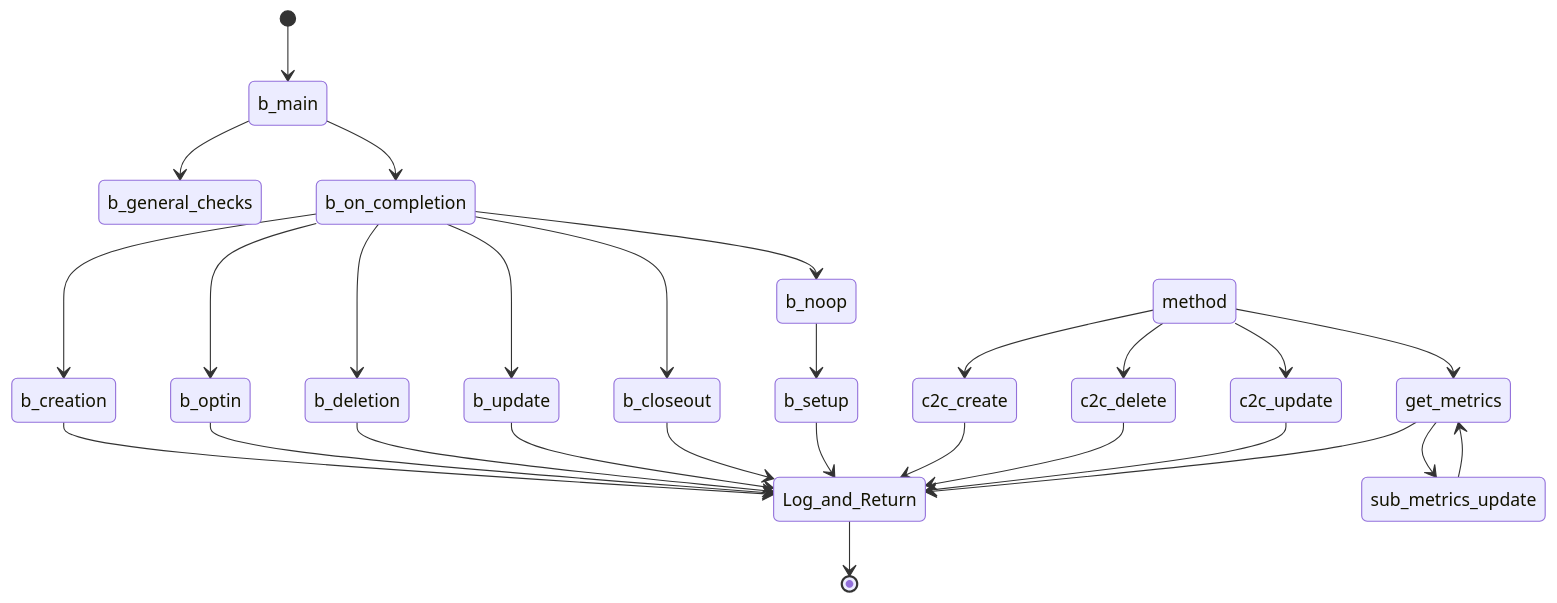
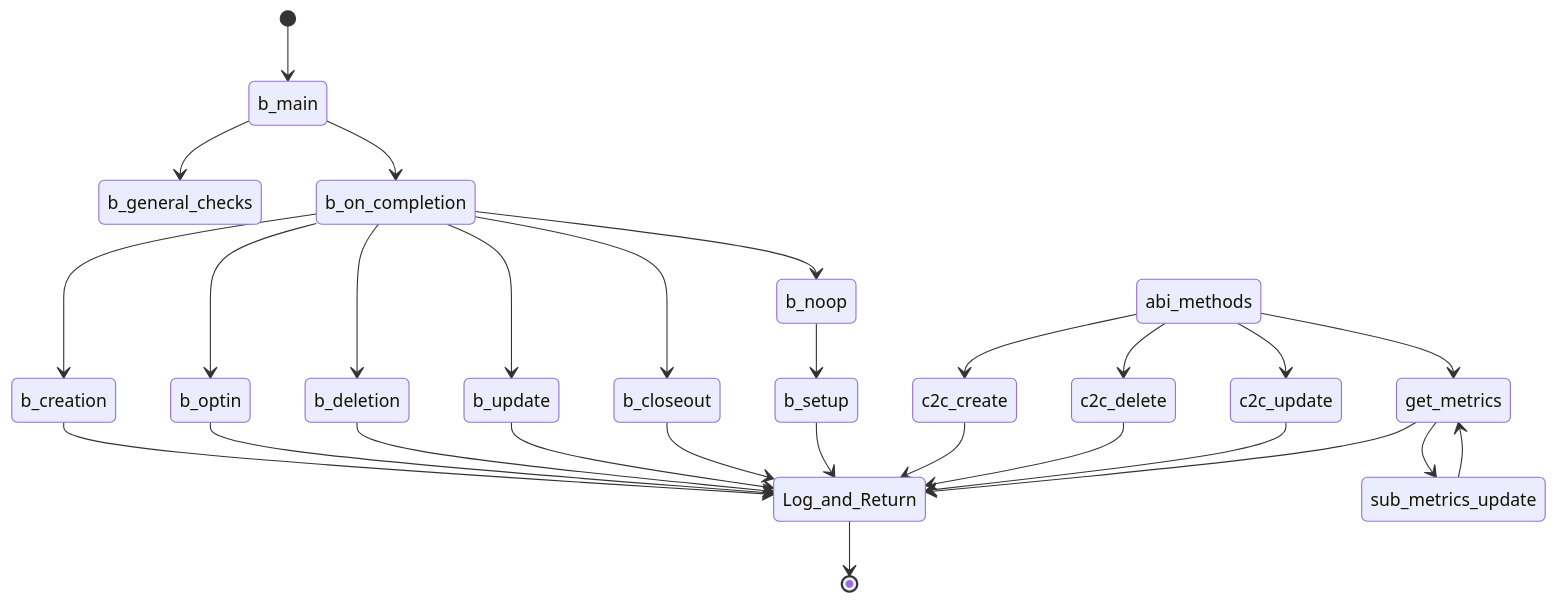
Before and after one commit to GoPlausible/.github: the seventh of 10 diagrams in profile/README.md, drawn with Mermaid. The commit also changed other lines of this file, not shown here.

````diff
--- a/profile/README.md
+++ b/profile/README.md
@@ -225,36 +225,36 @@
 ```mermaid
   stateDiagram-v2
     [*] --> b_main
     b_main --> b_general_checks
     b_main --> b_on_completion
     b_on_completion --> b_creation
     b_creation --> Log_and_Return
     b_on_completion --> b_optin
     b_optin --> Log_and_Return
     b_on_completion --> b_deletion
     b_deletion --> Log_and_Return
     b_on_completion --> b_update
     b_update --> Log_and_Return
     b_on_completion --> b_closeout
     b_closeout --> Log_and_Return
 
     b_on_completion --> b_noop
     b_noop --> b_setup
     b_setup --> Log_and_Return
 
-    method --> c2c_create
+    abi_methods --> c2c_create
     c2c_create --> Log_and_Return
-    method --> c2c_delete
+    abi_methods --> c2c_delete
     c2c_delete --> Log_and_Return
-    method --> c2c_update
+    abi_methods --> c2c_update
     c2c_update --> Log_and_Return
 
    
-    method --> get_metrics
+    abi_methods --> get_metrics
     get_metrics --> sub_metrics_update
     sub_metrics_update --> get_metrics
     get_metrics --> Log_and_Return
 
     Log_and_Return --> [*]
     
 ```
````
